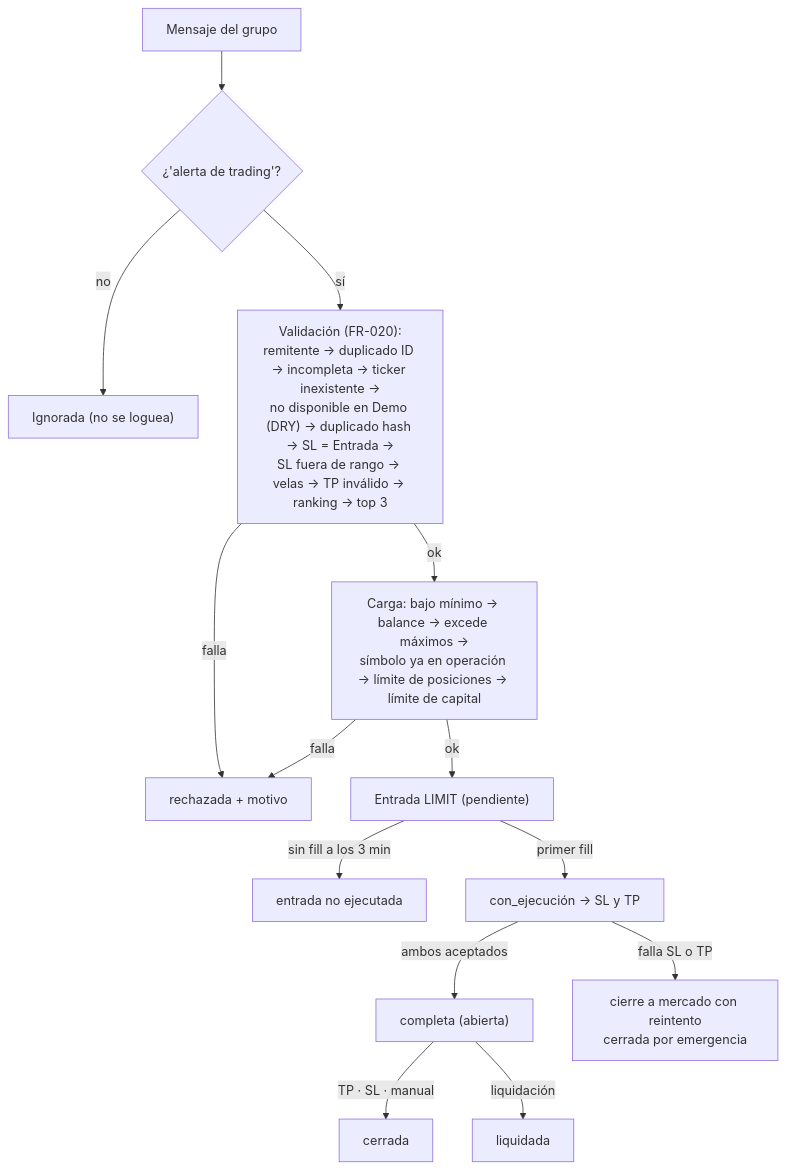
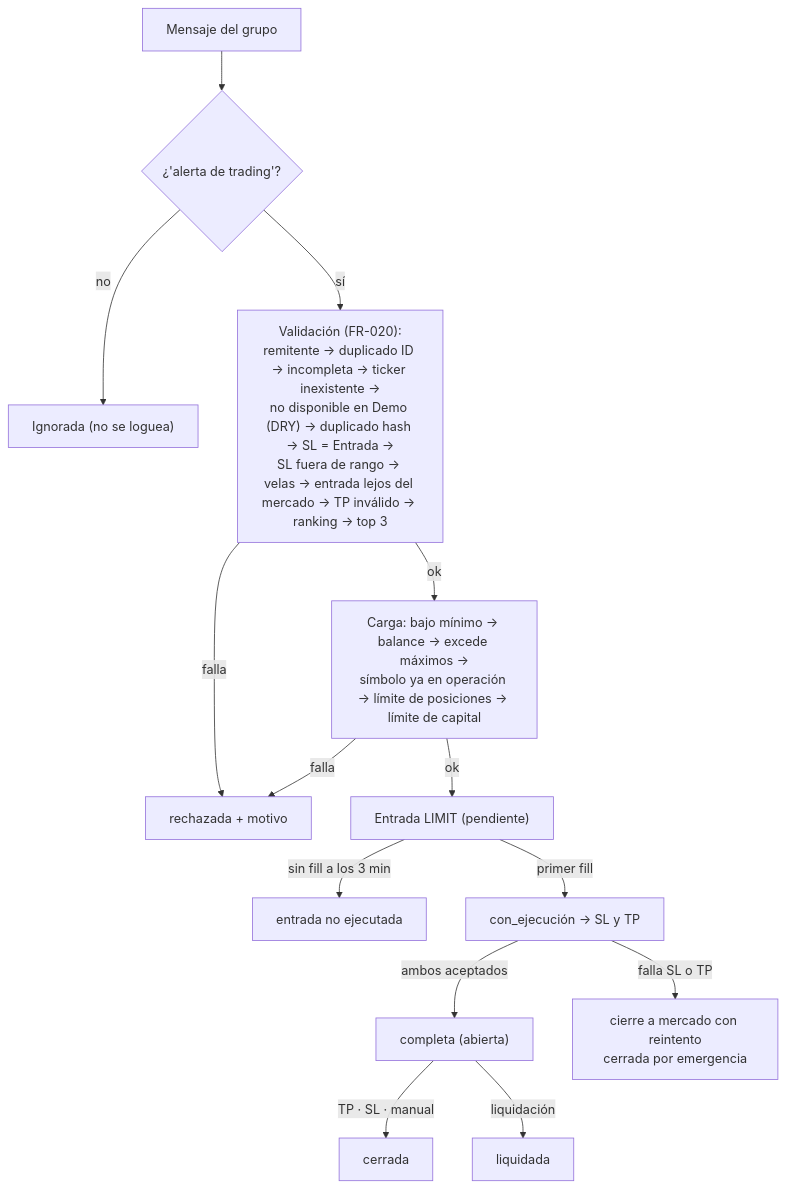
The third of 4 diagrams in docs/arquitectura.md (oespinola/v4), drawn with Mermaid before and after one commit. The commit also changed 6 other files, not shown here.

First line of the commit message:
fix(validate): rechazar la entrada lejos del precio de mercado (FR-068)

````diff
--- a/docs/arquitectura.md
+++ b/docs/arquitectura.md
@@ -111,16 +111,16 @@
 ```mermaid
 flowchart TD
   A["Mensaje del grupo"] --> F{"¿'alerta de trading'?"}
   F -- no --> IG["Ignorada (no se loguea)"]
-  F -- sí --> V["Validación (FR-020):<br/>remitente → duplicado ID → incompleta → ticker inexistente →<br/>no disponible en Demo (DRY) → duplicado hash → SL = Entrada →<br/>SL fuera de rango → velas → TP inválido → ranking → top 3"]
+  F -- sí --> V["Validación (FR-020):<br/>remitente → duplicado ID → incompleta → ticker inexistente →<br/>no disponible en Demo (DRY) → duplicado hash → SL = Entrada →<br/>SL fuera de rango → velas → entrada lejos del mercado → TP inválido → ranking → top 3"]
   V -- falla --> R["rechazada + motivo"]
   V -- ok --> L["Carga: bajo mínimo → balance → excede máximos →<br/>símbolo ya en operación → límite de posiciones → límite de capital"]
   L -- falla --> R
   L -- ok --> E["Entrada LIMIT (pendiente)"]
   E -- "sin fill a los 3 min" --> NE["entrada no ejecutada"]
   E -- "primer fill" --> CE["con_ejecución → SL y TP"]
   CE -- "ambos aceptados" --> OK["completa (abierta)"]
   CE -- "falla SL o TP" --> EM["cierre a mercado con reintento<br/>cerrada por emergencia"]
   OK -- "TP · SL · manual" --> CL["cerrada"]
   OK -- "liquidación" --> LQ["liquidada"]
 ```
````
